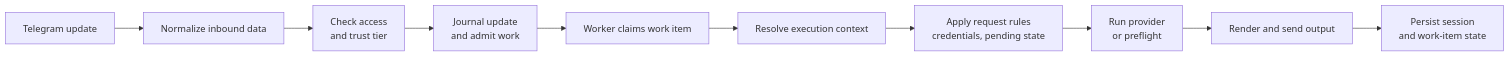
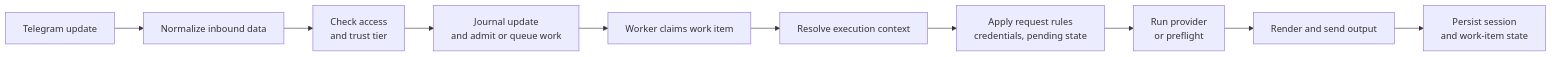
Before and after one commit to privacynow/octopus: the third of 8 diagrams in docs/ARCHITECTURE.md, drawn with Mermaid. The commit also changed other lines of this file and 12 other files, not shown here.

````diff
--- a/docs/ARCHITECTURE.md
+++ b/docs/ARCHITECTURE.md
@@ -472,15 +503,15 @@
 ```mermaid
 flowchart LR
     U["Telegram update"]
     T["Normalize inbound data"]
     A["Check access<br/>and trust tier"]
-    Q["Journal update<br/>and admit work"]
+    Q["Journal update<br/>and admit or queue work"]
     W["Worker claims work item"]
     X["Resolve execution context"]
     R["Apply request rules<br/>credentials, pending state"]
     P["Run provider<br/>or preflight"]
     O["Render and send output"]
     S["Persist session<br/>and work-item state"]
 
     U --> T --> A --> Q --> W --> X --> R --> P --> O --> S
 ```
````
